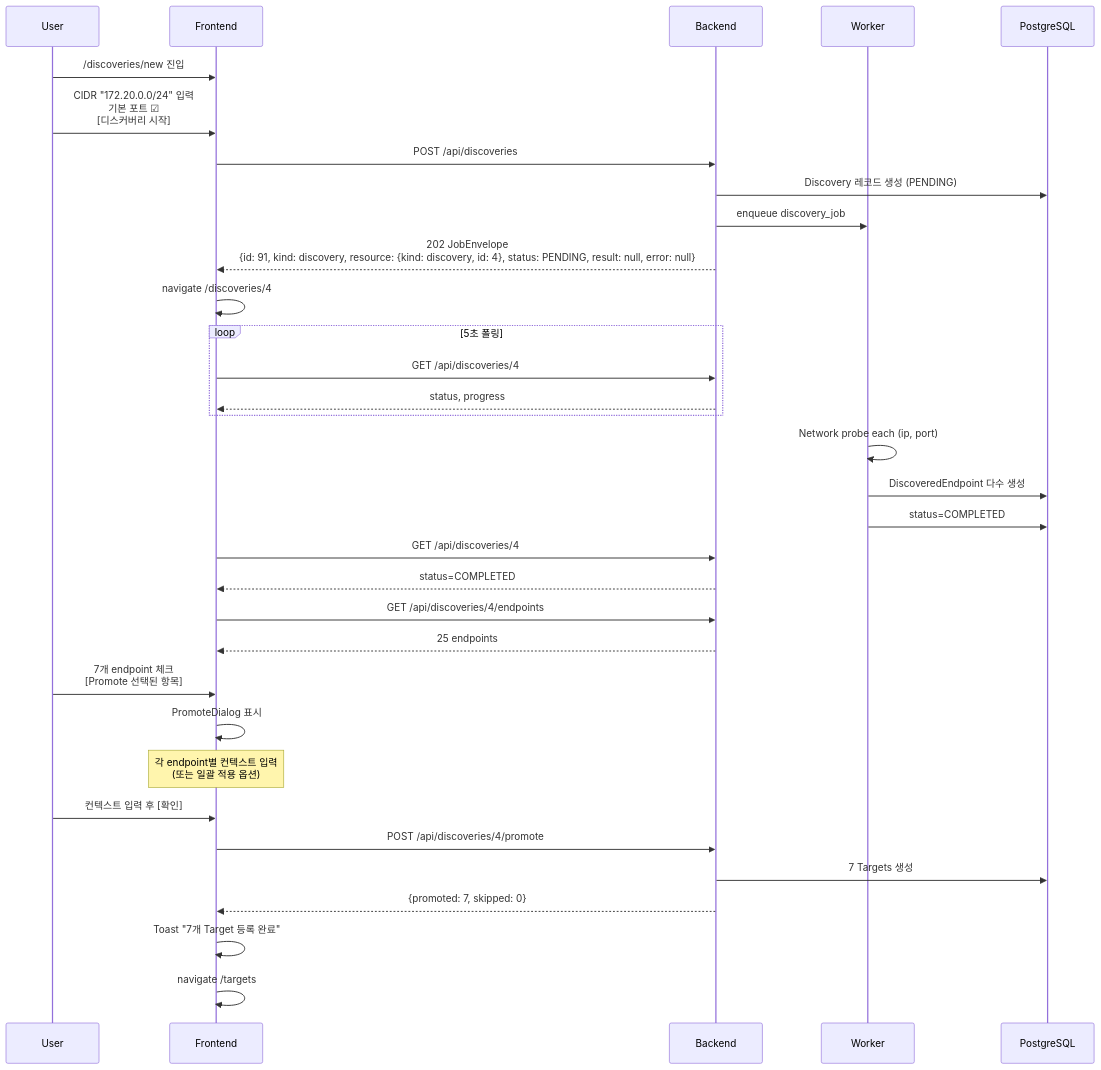
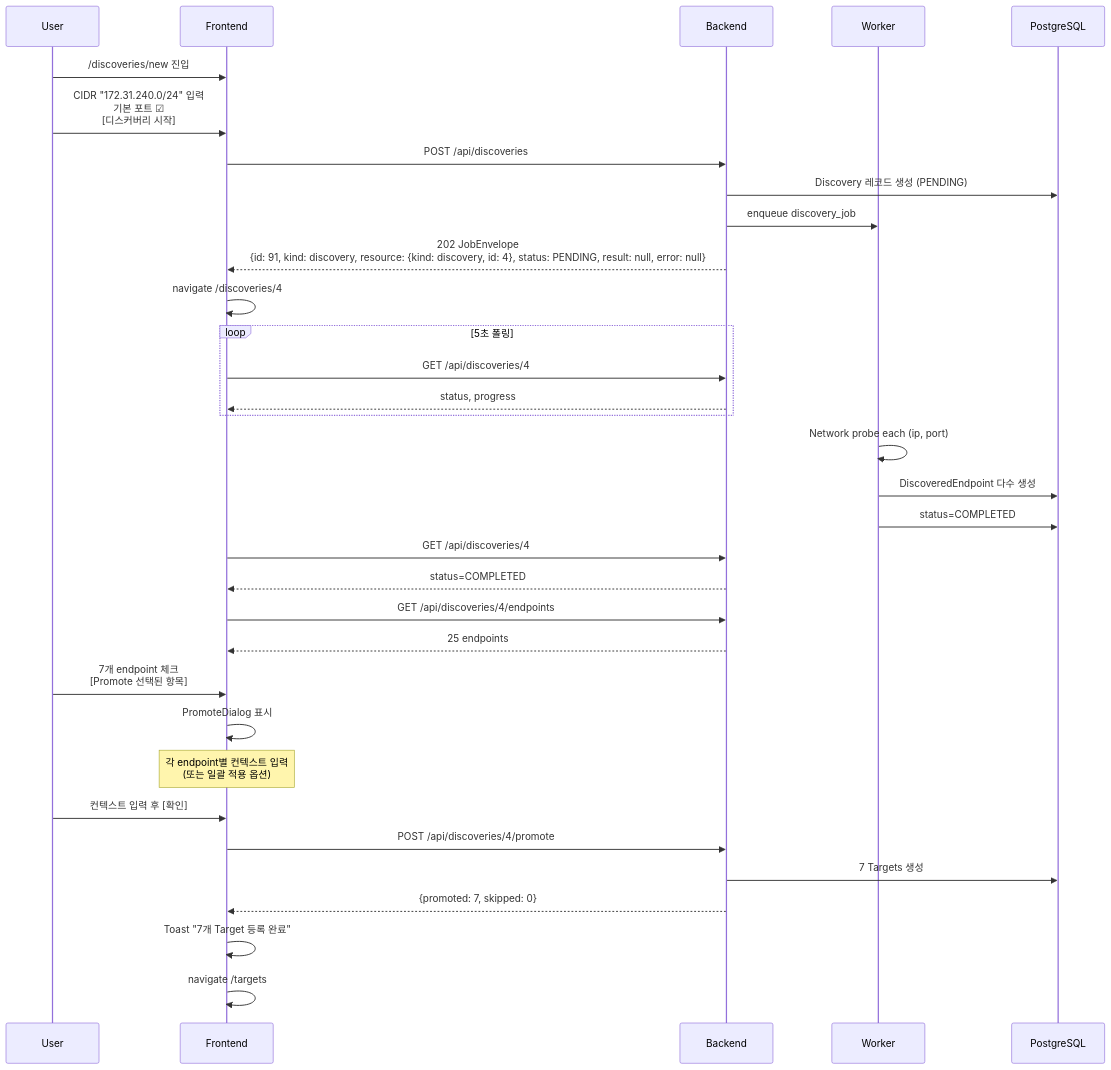
One commit to ehdgks0627/crypto-scanner changed the second of 11 diagrams in docs/10-ux-flows.md. Above: the diagram before and after it, drawn with Mermaid. The commit also changed 46 other files, not shown here.

````diff
--- a/docs/10-ux-flows.md
+++ b/docs/10-ux-flows.md
@@ -75,40 +75,40 @@
 ```mermaid
 sequenceDiagram
     participant U as User
     participant F as Frontend
     participant B as Backend
     participant W as Worker
     participant DB as PostgreSQL
 
     U->>F: /discoveries/new 진입
-    U->>F: CIDR "172.20.0.0/24" 입력<br/>기본 포트 ☑<br/>[디스커버리 시작]
+    U->>F: CIDR "172.31.240.0/24" 입력<br/>기본 포트 ☑<br/>[디스커버리 시작]
     F->>B: POST /api/discoveries
     B->>DB: Discovery 레코드 생성 (PENDING)
     B->>W: enqueue discovery_job
     B-->>F: 202 JobEnvelope<br/>{id: 91, kind: discovery, resource: {kind: discovery, id: 4}, status: PENDING, result: null, error: null}
     F->>F: navigate /discoveries/4
 
     loop 5초 폴링
         F->>B: GET /api/discoveries/4
         B-->>F: status, progress
     end
 
     W->>W: Network probe each (ip, port)
     W->>DB: DiscoveredEndpoint 다수 생성
     W->>DB: status=COMPLETED
 
     F->>B: GET /api/discoveries/4
     B-->>F: status=COMPLETED
     F->>B: GET /api/discoveries/4/endpoints
     B-->>F: 25 endpoints
 
     U->>F: 7개 endpoint 체크<br/>[Promote 선택된 항목]
     F->>F: PromoteDialog 표시
     Note over F: 각 endpoint별 컨텍스트 입력<br/>(또는 일괄 적용 옵션)
     U->>F: 컨텍스트 입력 후 [확인]
     F->>B: POST /api/discoveries/4/promote
     B->>DB: 7 Targets 생성
     B-->>F: {promoted: 7, skipped: 0}
     F->>F: Toast "7개 Target 등록 완료"
     F->>F: navigate /targets
 ```
````
